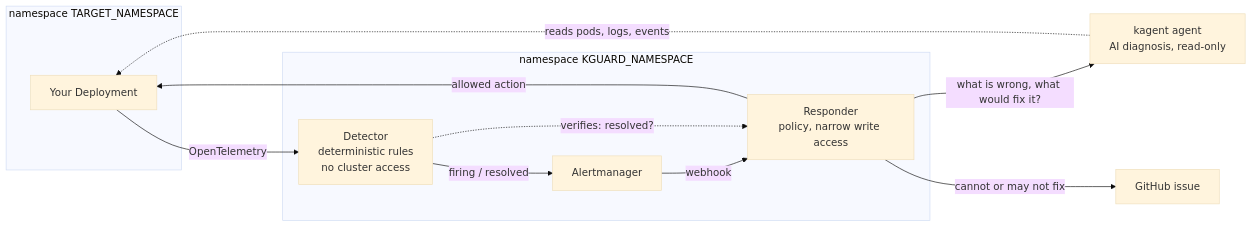
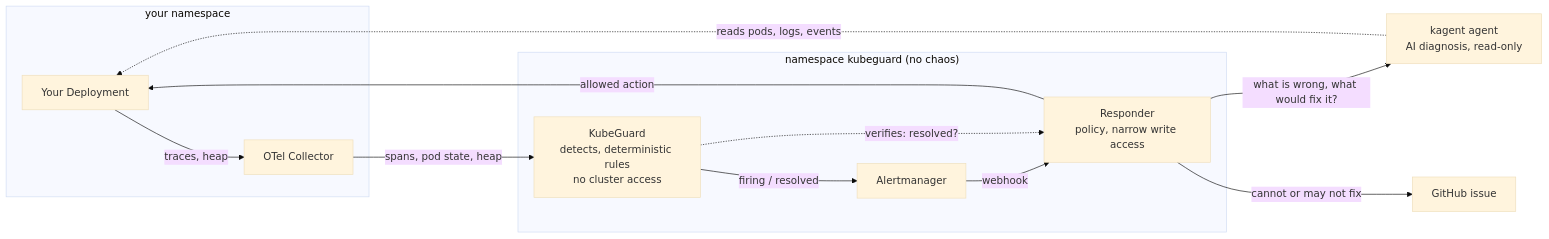
Before and after one commit to arconsis-subash/kguard: the diagram in README.md, drawn with Mermaid (base theme). The commit also changed other lines of this file and 108 other files, not shown here.

First line of the commit message:
Add KubeGuard, the responder, the Helm chart and the kagent agent

````diff
--- a/README.md
+++ b/README.md
@@ -11,22 +9,24 @@
 ```mermaid
 flowchart LR
-    subgraph app["namespace TARGET_NAMESPACE"]
+    subgraph app["your namespace"]
         be["Your Deployment"]
+        col["OTel Collector"]
     end
-    subgraph kg["namespace KGUARD_NAMESPACE"]
-        det["Detector<br/>deterministic rules<br/>no cluster access"]
+    subgraph kg["namespace kubeguard (no chaos)"]
+        det["KubeGuard<br/>detects, deterministic rules<br/>no cluster access"]
         am["Alertmanager"]
         resp["Responder<br/>policy, narrow write access"]
     end
     agent["kagent agent<br/>AI diagnosis, read-only"]
     gh["GitHub issue"]
 
-    be -- "OpenTelemetry" --> det
+    be -- "traces, heap" --> col
+    col -- "spans, pod state, heap" --> det
     det -- "firing / resolved" --> am
     am -- webhook --> resp
     resp -- "what is wrong, what would fix it?" --> agent
     agent -. "reads pods, logs, events" .-> be
     resp -- "allowed action" --> be
     resp -- "cannot or may not fix" --> gh
     det -. "verifies: resolved?" .-> resp
 ```
````
